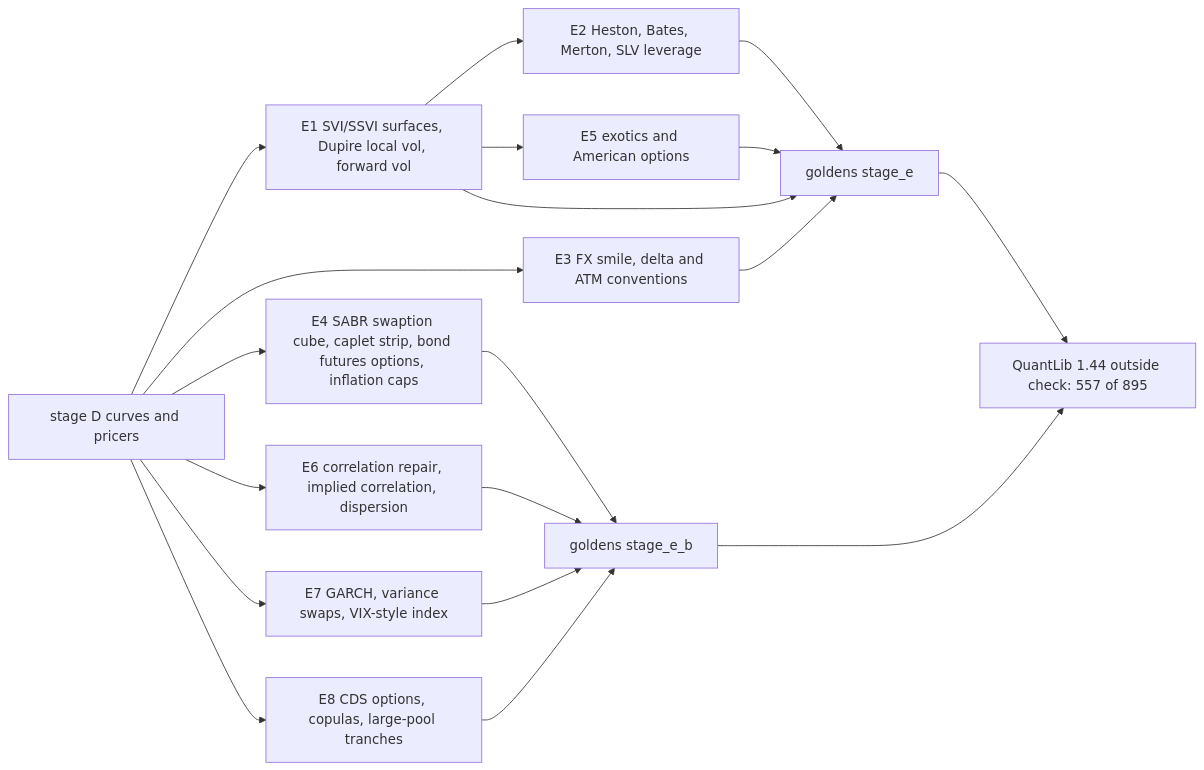
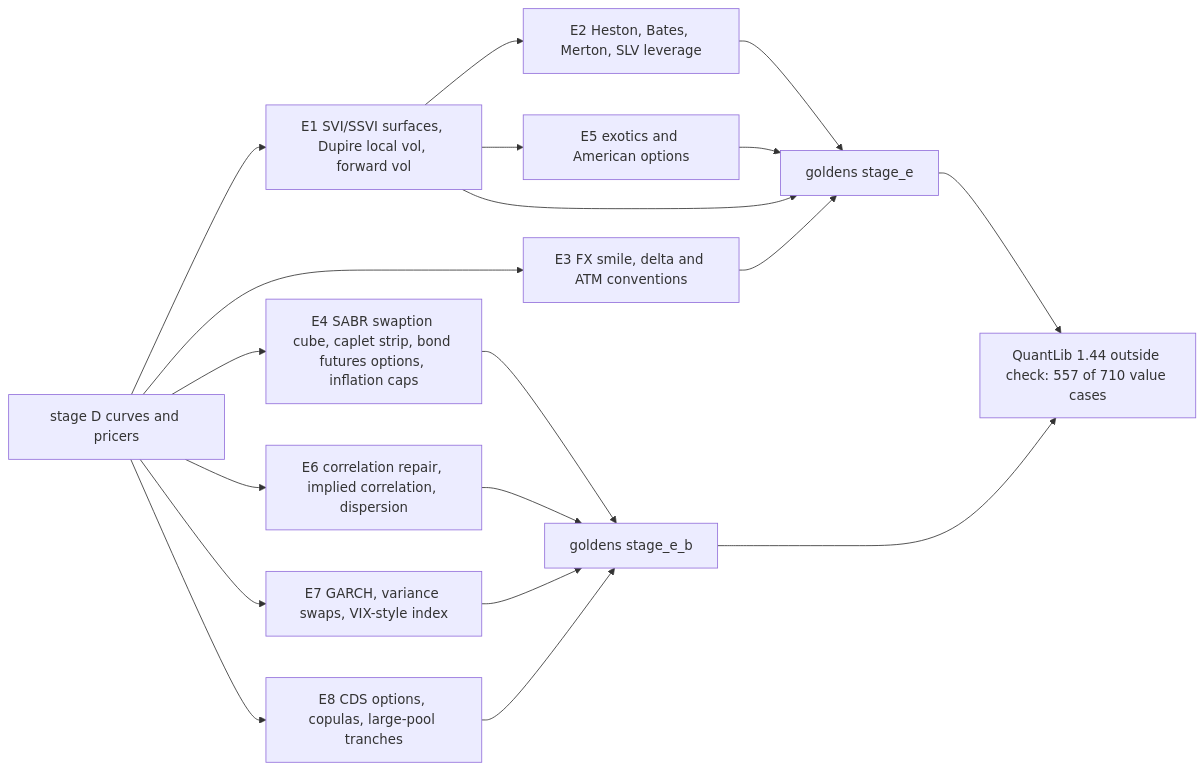
The tenth of 57 diagrams in docs/diagrams/README.md (AshJha0/quantforge), drawn with Mermaid before and after one commit. The commit also changed 18 other files, not shown here.

````diff
--- a/docs/diagrams/README.md
+++ b/docs/diagrams/README.md
@@ -132,14 +132,14 @@
 ```mermaid
 flowchart LR
   D[stage D curves and pricers] --> E1[E1 SVI/SSVI surfaces, Dupire local vol, forward vol]
   E1 --> E2[E2 Heston, Bates, Merton, SLV leverage]
   D --> E3[E3 FX smile, delta and ATM conventions]
   D --> E4[E4 SABR swaption cube, caplet strip, bond futures options, inflation caps]
   E1 --> E5[E5 exotics and American options]
   D --> E6[E6 correlation repair, implied correlation, dispersion]
   D --> E7[E7 GARCH, variance swaps, VIX-style index]
   D --> E8[E8 CDS options, copulas, large-pool tranches]
   E1 & E2 & E3 & E5 --> GA[goldens stage_e]
   E4 & E6 & E7 & E8 --> GB[goldens stage_e_b]
-  GA & GB --> QL[QuantLib 1.44 outside check: 557 of 895]
+  GA & GB --> QL[QuantLib 1.44 outside check: 557 of 710 value cases]
 ```
````
